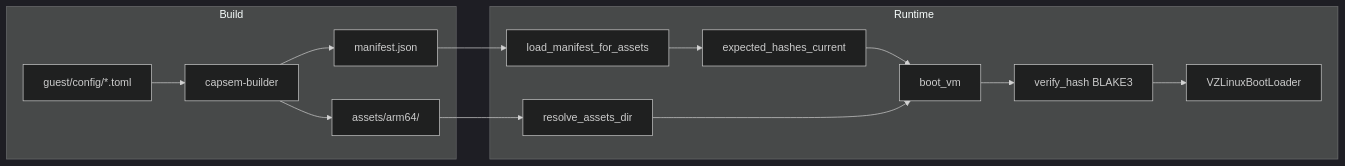
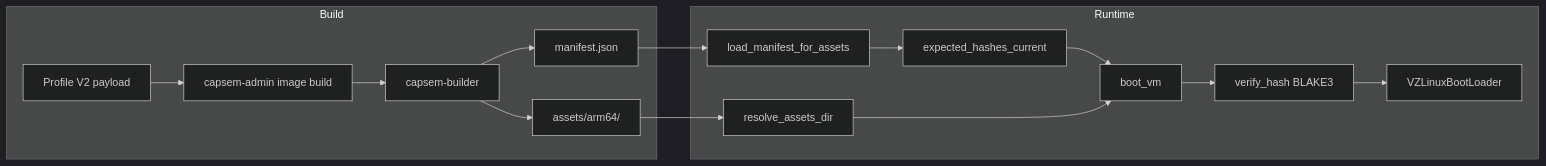
The diagram in docs/src/content/docs/architecture/asset-pipeline.md (google/capsem), drawn with Mermaid (dark theme) before and after one commit. The commit also changed 11 other files, not shown here.

````diff
--- a/docs/src/content/docs/architecture/asset-pipeline.md
+++ b/docs/src/content/docs/architecture/asset-pipeline.md
@@ -192,18 +192,19 @@
 ```mermaid
 flowchart LR
     subgraph Build
-        TOML[guest/config/*.toml] --> Builder[capsem-builder]
+        Profile[Profile V2 payload] --> Admin[capsem-admin image build]
+        Admin --> Builder[capsem-builder]
         Builder --> Assets[assets/arm64/]
         Builder --> Checksums[manifest.json]
     end
 
     subgraph Runtime
         Checksums --> LoadManifest[load_manifest_for_assets]
         LoadManifest --> ExpectedHashes[expected_hashes_current]
         ExpectedHashes --> Boot[boot_vm]
         Assets --> Resolve[resolve_assets_dir]
         Resolve --> Boot
         Boot --> Verify[verify_hash BLAKE3]
         Verify --> VZ[VZLinuxBootLoader]
     end
 ```
````
